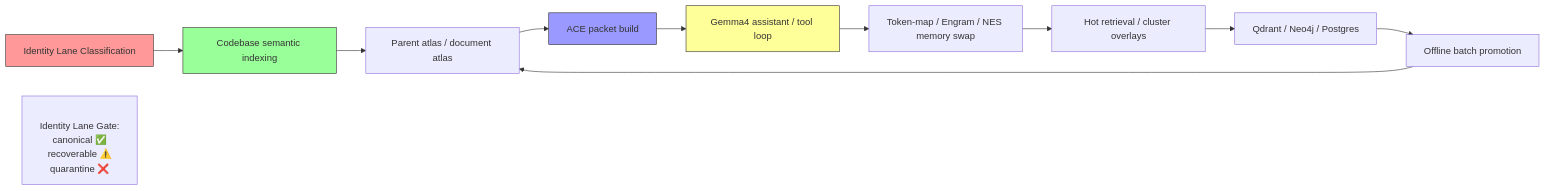
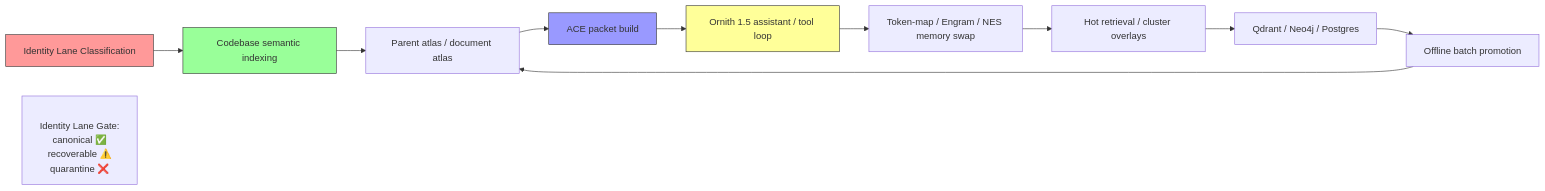
One commit to semaj90/deeds_web_app changed the diagram in docs/architecture/unified-ace-engram-pipeline.md. Above: the diagram before and after it, drawn with Mermaid. The commit also changed other lines of this file and 455 other files, not shown here.

````diff
--- a/docs/architecture/unified-ace-engram-pipeline.md
+++ b/docs/architecture/unified-ace-engram-pipeline.md
@@ -19,19 +19,19 @@
 ```mermaid
 flowchart LR
   Z["Identity Lane Classification"] --> A
   A["Codebase semantic indexing"] --> B["Parent atlas / document atlas"]
   B --> C["ACE packet build"]
-  C --> D["Gemma4 assistant / tool loop"]
+  C --> D["Ornith 1.5 assistant / tool loop"]
   D --> E["Token-map / Engram / NES memory swap"]
   E --> F["Hot retrieval / cluster overlays"]
   F --> G["Qdrant / Neo4j / Postgres"]
   G --> H["Offline batch promotion"]
   H --> B
   
   Z_text["<br/>Identity Lane Gate:<br/>canonical ✅<br/>recoverable ⚠️<br/>quarantine ❌"]
   
   style Z fill:#f99,stroke:#333
   style A fill:#9f9,stroke:#333
   style C fill:#99f,stroke:#333
   style D fill:#ff9,stroke:#333
 ```
````
